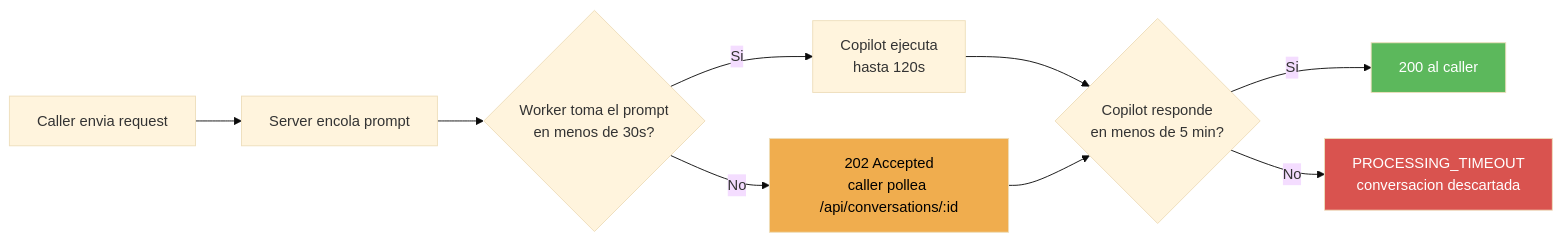
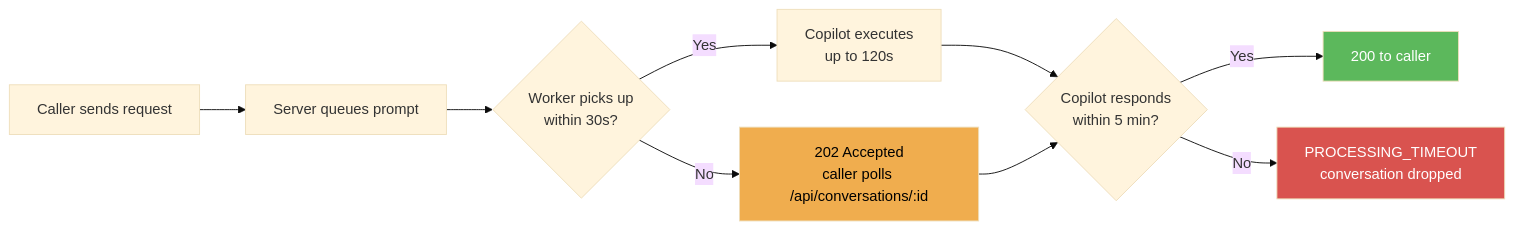
One commit to lordmacu/aiextension-server changed the second of 2 diagrams in README.md. Above: the diagram before and after it, drawn with Mermaid (base theme). The commit also changed other lines of this file, not shown here.

````diff
--- a/README.md
+++ b/README.md
@@ -433,14 +433,14 @@
 ```mermaid
 flowchart LR
-    A["Caller envia request"] --> B["Server encola prompt"]
-    B --> C{"Worker toma el prompt\nen menos de 30s?"}
-    C -->|Si| D["Copilot ejecuta\nhasta 120s"]
-    C -->|No| E["202 Accepted\ncaller pollea /api/conversations/:id"]
-    D --> F{"Copilot responde\nen menos de 5 min?"}
+    A["Caller sends request"] --> B["Server queues prompt"]
+    B --> C{"Worker picks up<br/>within 30s?"}
+    C -->|Yes| D["Copilot executes<br/>up to 120s"]
+    C -->|No| E["202 Accepted<br/>caller polls /api/conversations/:id"]
+    D --> F{"Copilot responds<br/>within 5 min?"}
     E --> F
-    F -->|Si| G["200 al caller"]
-    F -->|No| H["PROCESSING_TIMEOUT\nconversacion descartada"]
+    F -->|Yes| G["200 to caller"]
+    F -->|No| H["PROCESSING_TIMEOUT<br/>conversation dropped"]
     style E fill:#f0ad4e,color:#000
     style H fill:#d9534f,color:#fff
     style G fill:#5cb85c,color:#fff
 ```
````
